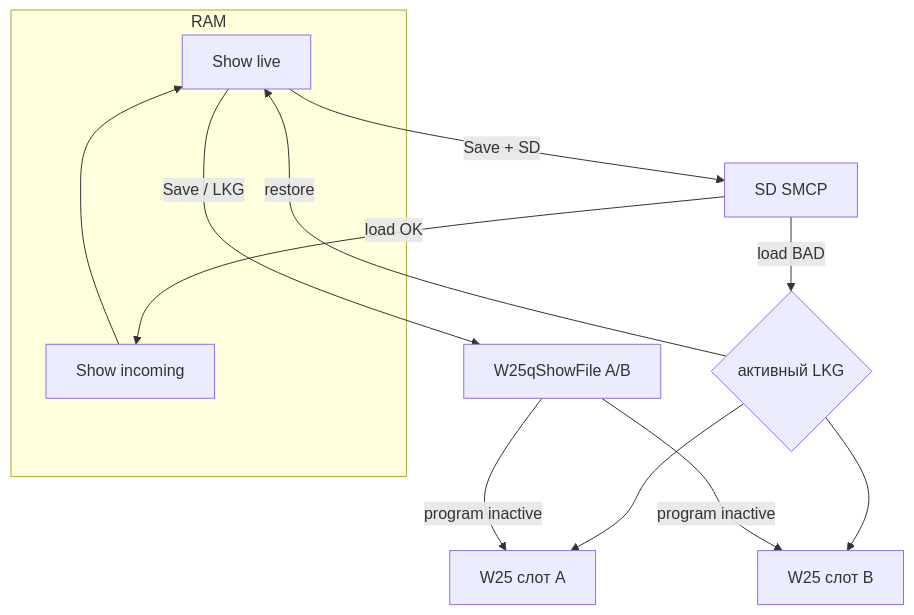
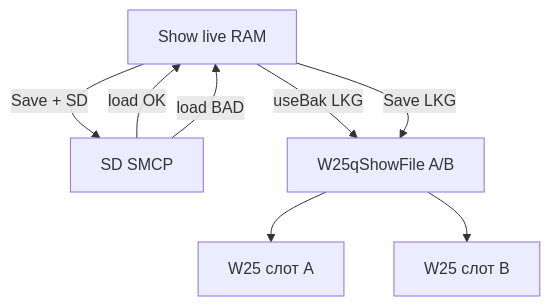
The sixth of 7 diagrams in PUMS/Console/src/smcp/SYSTEM.md (gleykinmyu/Embedded), drawn with Mermaid before and after one commit. The commit also changed other lines of this file and 106 other files, not shown here.

````diff
--- a/PUMS/Console/src/smcp/SYSTEM.md
+++ b/PUMS/Console/src/smcp/SYSTEM.md
@@ -145,23 +325,17 @@
 ```mermaid
 flowchart TB
-  subgraph RAM["RAM"]
-    Live[Show live]
-    Inc[Show incoming]
-  end
+  Live[Show live RAM]
 
   SD[SD SMCP]
   W25A[W25 слот A]
   W25B[W25 слот B]
-  Active{активный LKG}
 
-  SD -->|load OK| Inc --> Live
-  SD -->|load BAD| Active
-  Active --> W25A
-  Active --> W25B
-  Active -->|restore| Live
+  SD -->|load OK| Live
+  SD -->|load BAD| Live
+  Live -->|useBak LKG| W25drv[W25qShowFile A/B]
+  W25drv --> W25A
+  W25drv --> W25B
 
   Live -->|Save + SD| SD
-  Live -->|Save / LKG| W25drv[W25qShowFile A/B]
-  W25drv -->|program inactive| W25A
-  W25drv -->|program inactive| W25B
+  Live -->|Save LKG| W25drv
 ```
````
